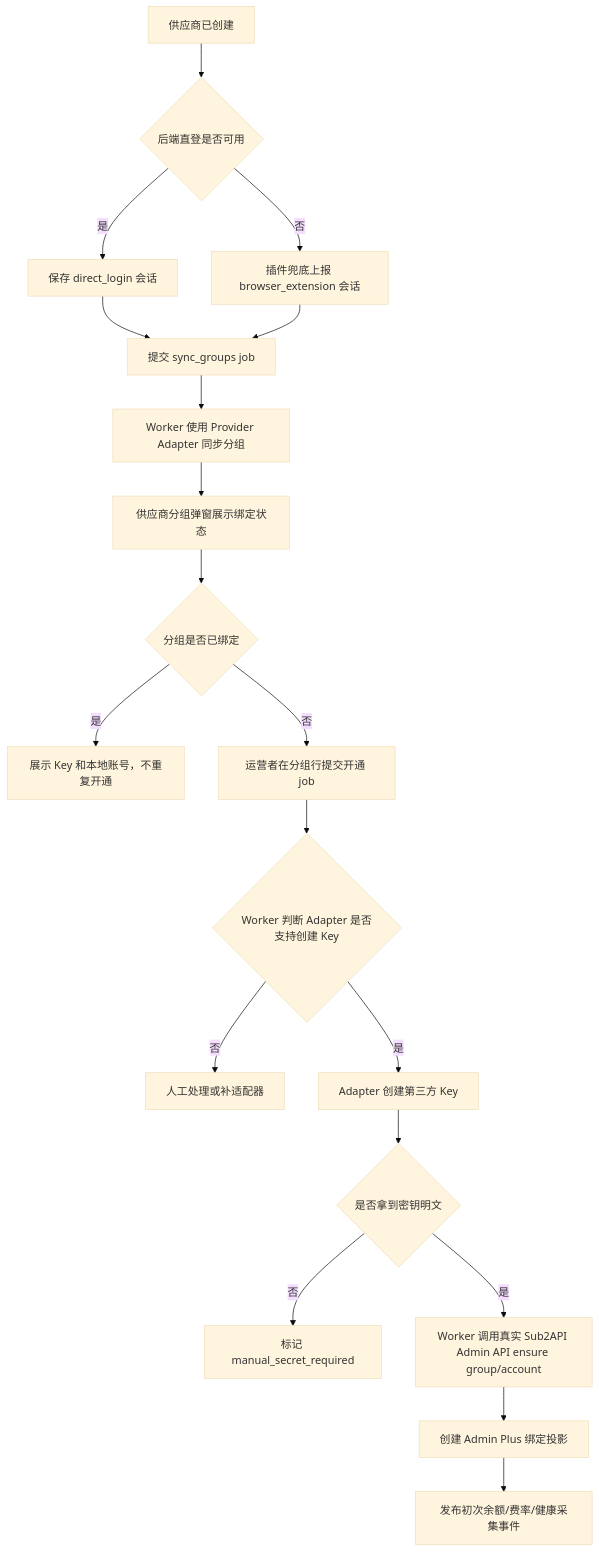
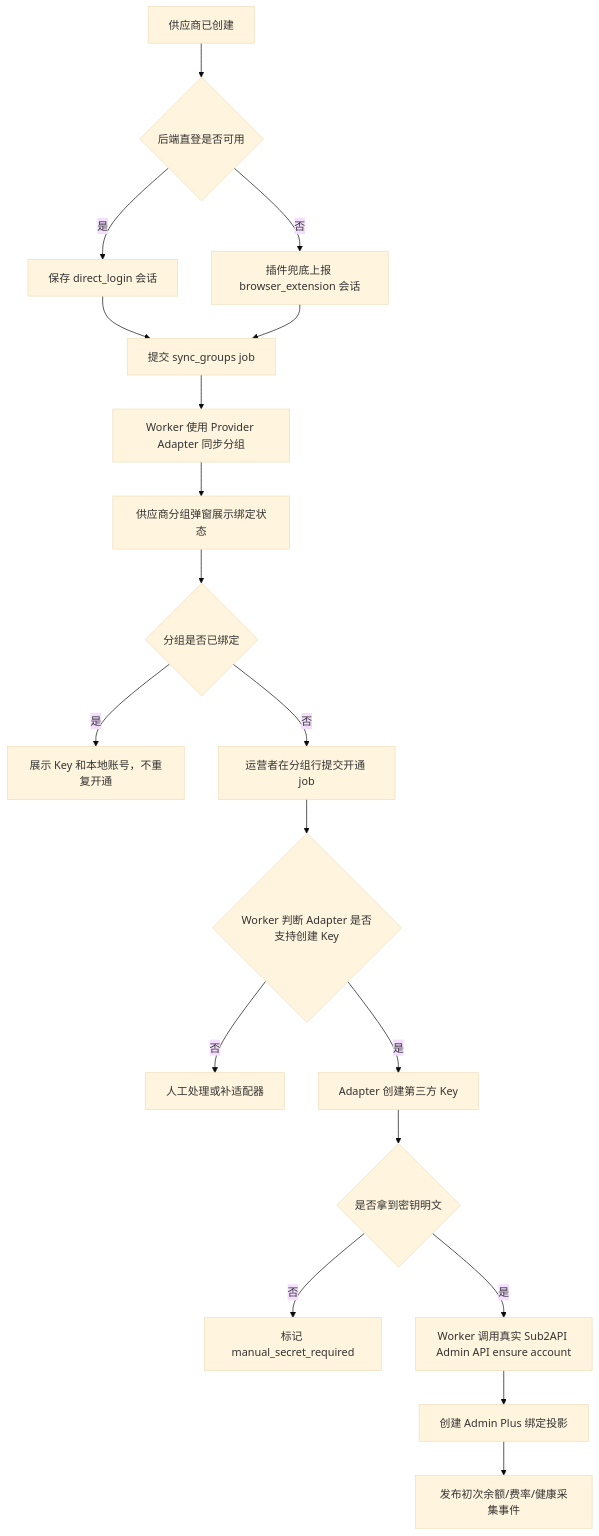
The second of 2 diagrams in docs/roadmap/restructure/README.md (openrelayllm/superllm), drawn with Mermaid (base theme) before and after one commit. The commit also changed other lines of this file and 19 other files, not shown here.

````diff
--- a/docs/roadmap/restructure/README.md
+++ b/docs/roadmap/restructure/README.md
@@ -169,21 +169,21 @@
 ```mermaid
 flowchart TD
   A[供应商已创建] --> B{后端直登是否可用}
   B -- 是 --> B1[保存 direct_login 会话]
   B -- 否 --> B2[插件兜底上报 browser_extension 会话]
   B1 --> C[提交 sync_groups job]
   B2 --> C
   C --> C1[Worker 使用 Provider Adapter 同步分组]
   C1 --> D[供应商分组弹窗展示绑定状态]
   D --> D1{分组是否已绑定}
   D1 -- 是 --> D2[展示 Key 和本地账号，不重复开通]
   D1 -- 否 --> D3[运营者在分组行提交开通 job]
   D3 --> E{Worker 判断 Adapter 是否支持创建 Key}
   E -- 否 --> E1[人工处理或补适配器]
   E -- 是 --> F[Adapter 创建第三方 Key]
   F --> G{是否拿到密钥明文}
   G -- 否 --> G1[标记 manual_secret_required]
-  G -- 是 --> H[Worker 调用真实 Sub2API Admin API ensure group/account]
+  G -- 是 --> H[Worker 调用真实 Sub2API Admin API ensure account]
   H --> I[创建 Admin Plus 绑定投影]
   I --> J[发布初次余额/费率/健康采集事件]
 ```
````
